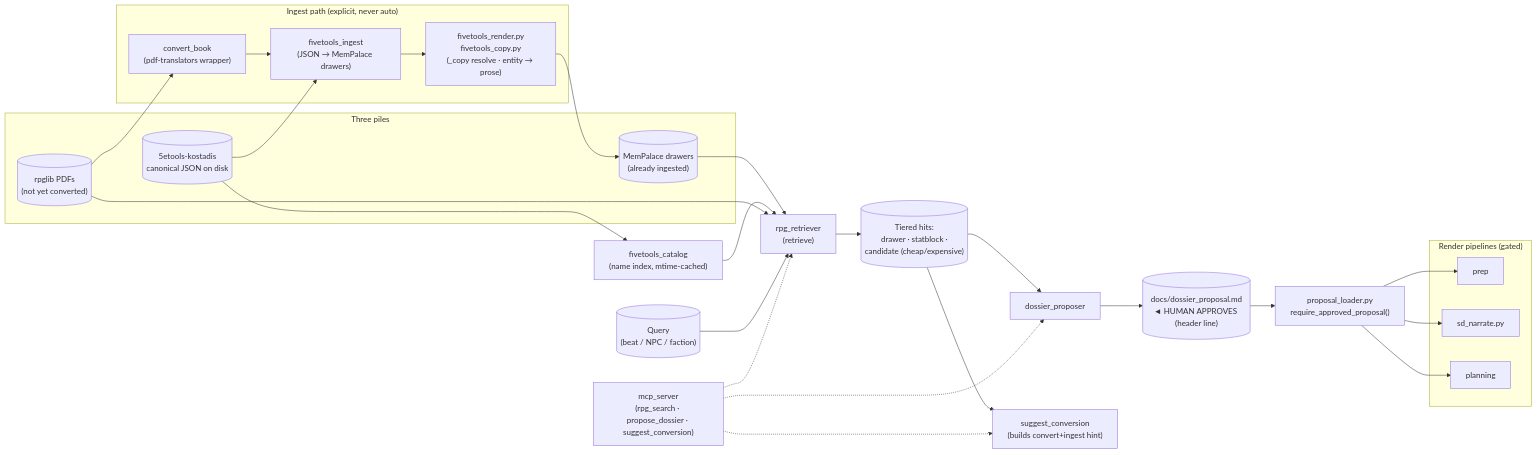
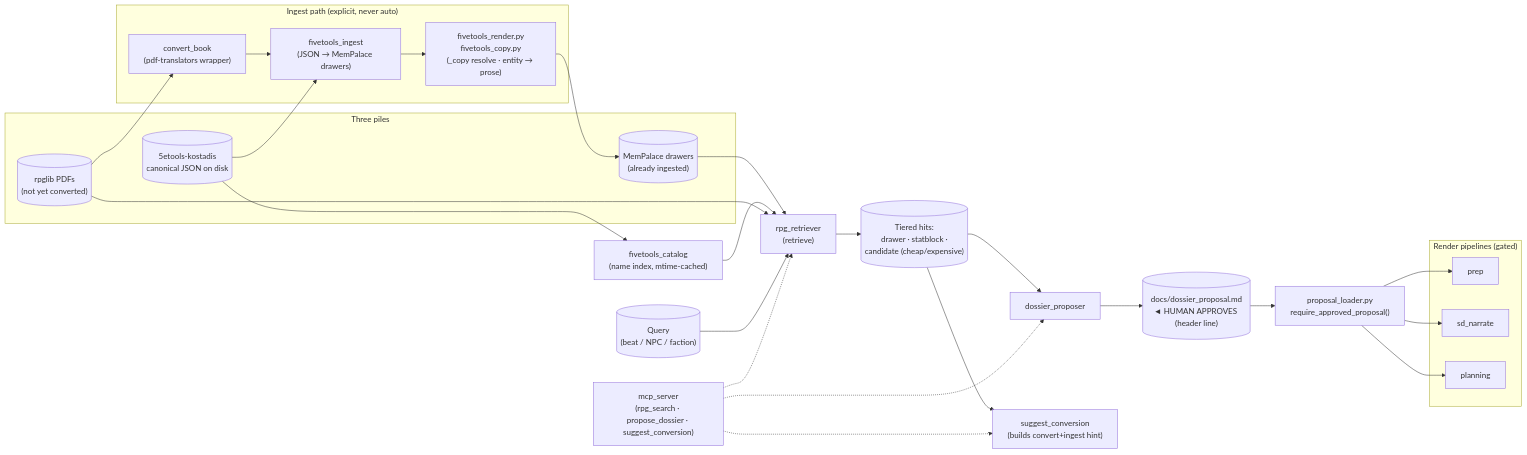
One commit to kostadis/CampaignGenerator changed the third of 3 diagrams in docs/core/architecture.md. Above: the diagram before and after it, drawn with Mermaid. The commit also changed other lines of this file and 31 other files, not shown here.

````diff
--- a/docs/core/architecture.md
+++ b/docs/core/architecture.md
@@ -136,56 +136,56 @@
 ```mermaid
 flowchart LR
     Q[("Query<br/>(beat / NPC / faction)")]
 
     subgraph Sources["Three piles"]
         DRW[("MemPalace drawers<br/>(already ingested)")]
         FT[("5etools-kostadis<br/>canonical JSON on disk")]
         RPGLIB[("rpglib PDFs<br/>(not yet converted)")]
     end
 
     RR["rpg_retriever<br/>(retrieve)"]
     DRW --> RR
     FTC["fivetools_catalog<br/>(name index, mtime-cached)"] --> RR
     FT --> FTC
     RPGLIB --> RR
 
     Q --> RR
 
     HITS[("Tiered hits:<br/>drawer · statblock ·<br/>candidate (cheap/expensive)")]
     RR --> HITS
 
     DP["dossier_proposer"]
     HITS --> DP
     PROP[("docs/dossier_proposal.md<br/>◄ HUMAN APPROVES (header line)")]
     DP --> PROP
 
     SUGG["suggest_conversion<br/>(builds convert+ingest hint)"]
     HITS --> SUGG
 
     subgraph Ingest["Ingest path (explicit, never auto)"]
         CB["convert_book<br/>(pdf-translators wrapper)"]
         FI["fivetools_ingest<br/>(JSON → MemPalace drawers)"]
         FR["fivetools_render.py<br/>fivetools_copy.py<br/>(_copy resolve · entity → prose)"]
     end
     RPGLIB --> CB --> FI
     FT --> FI
     FI --> FR
     FR --> DRW
 
     LOAD["proposal_loader.py<br/>require_approved_proposal()"]
     PROP --> LOAD
 
     subgraph Render["Render pipelines (gated)"]
         PR["prep"]
-        SDP["sd_narrate.py"]
+        SDP["sd_narrate"]
         PLN["planning"]
     end
     LOAD --> PR
     LOAD --> SDP
     LOAD --> PLN
 
     MCP["mcp_server<br/>(rpg_search · propose_dossier · suggest_conversion)"]
     MCP -.-> RR
     MCP -.-> DP
     MCP -.-> SUGG
 ```
````
